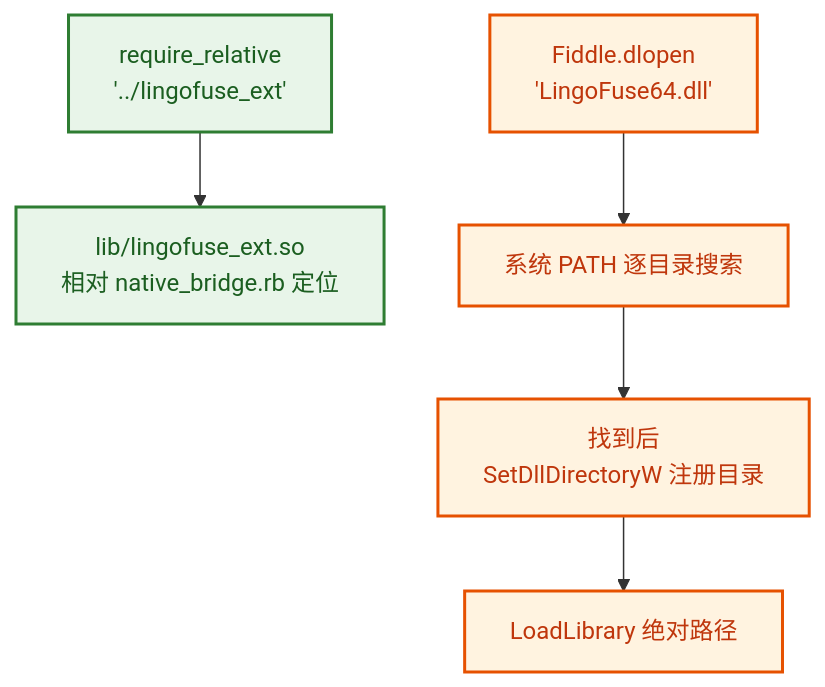
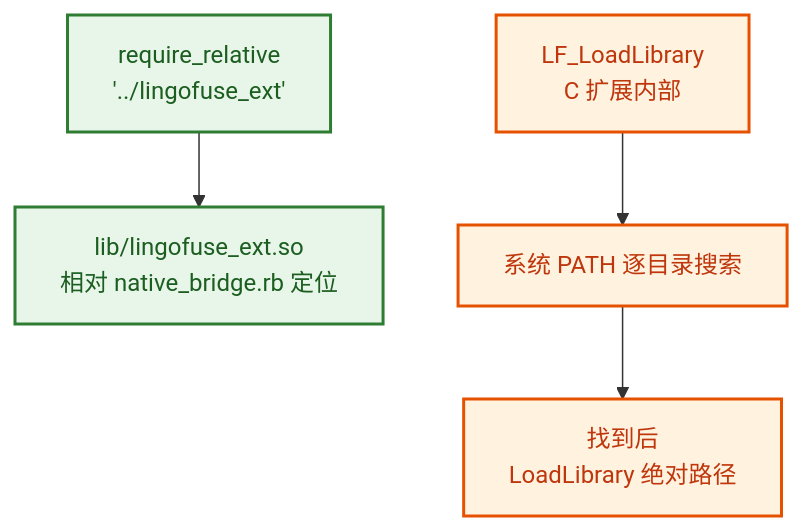
One commit to PassByYou888/LingoFuse changed the tenth of 14 diagrams in ruby/README.md. Above: the diagram before and after it, drawn with Mermaid. The commit also changed other lines of this file and 21 other files, not shown here.

````diff
--- a/ruby/README.md
+++ b/ruby/README.md
@@ -527,13 +574,12 @@
 ```mermaid
 flowchart TD
     A["require_relative<br/>'../lingofuse_ext'"] --> B["lib/lingofuse_ext.so<br/>相对 native_bridge.rb 定位"]
-    C["Fiddle.dlopen<br/>'LingoFuse64.dll'"] --> D["系统 PATH 逐目录搜索"]
-    D --> E["找到后<br/>SetDllDirectoryW 注册目录"]
-    E --> F["LoadLibrary 绝对路径"]
+    C["LF_LoadLibrary<br/>C 扩展内部"] --> D["系统 PATH 逐目录搜索"]
+    D --> E["找到后<br/>LoadLibrary 绝对路径"]
 
     classDef cext fill:#E8F5E9,stroke:#2E7D32,stroke-width:2px,color:#1B5E20
     classDef native fill:#FFF3E0,stroke:#E65100,stroke-width:2px,color:#BF360C
 
     class A,B cext
-    class C,D,E,F native
+    class C,D,E native
 ```
````
